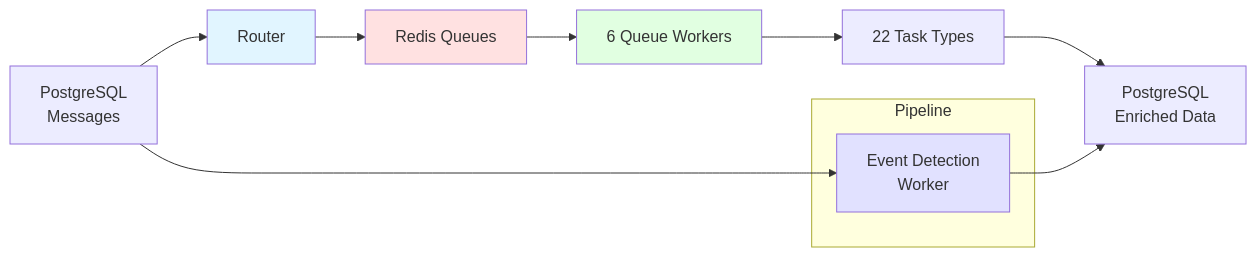
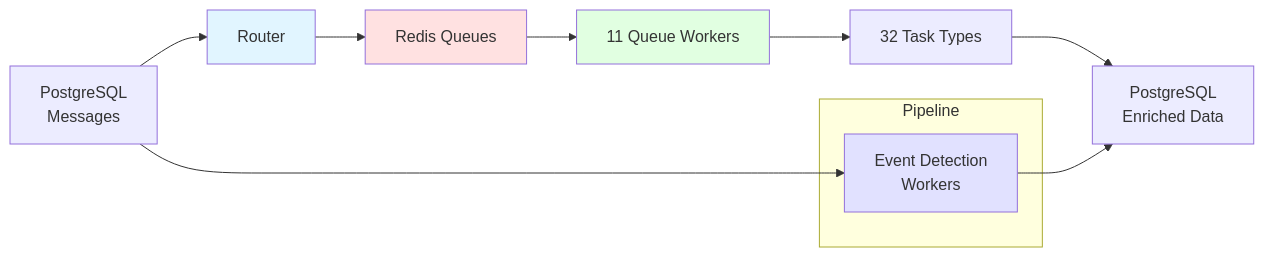
One commit to osintukraine/osint-platform-docs changed the first of 10 diagrams in docs/developer-guide/services/enrichment.md. Above: the diagram before and after it, drawn with Mermaid. The commit also changed other lines of this file, not shown here.

First line of the commit message:
docs(enrichment): update task/worker documentation for V3 pipeline

````diff
--- a/docs/developer-guide/services/enrichment.md
+++ b/docs/developer-guide/services/enrichment.md
@@ -9,20 +9,20 @@
 ```mermaid
 graph LR
     A[PostgreSQL<br/>Messages] --> B[Router]
     B --> C[Redis Queues]
-    C --> D[6 Queue Workers]
-    D --> E[22 Task Types]
+    C --> D[11 Queue Workers]
+    D --> E[32 Task Types]
     E --> F[PostgreSQL<br/>Enriched Data]
 
     subgraph "Pipeline"
-        G[Event Detection<br/>Worker]
+        G[Event Detection<br/>Workers]
     end
 
     A --> G
     G --> F
 
     style B fill:#e1f5ff
     style C fill:#ffe1e1
     style D fill:#e1ffe1
     style G fill:#e1e1ff
 ```
````
